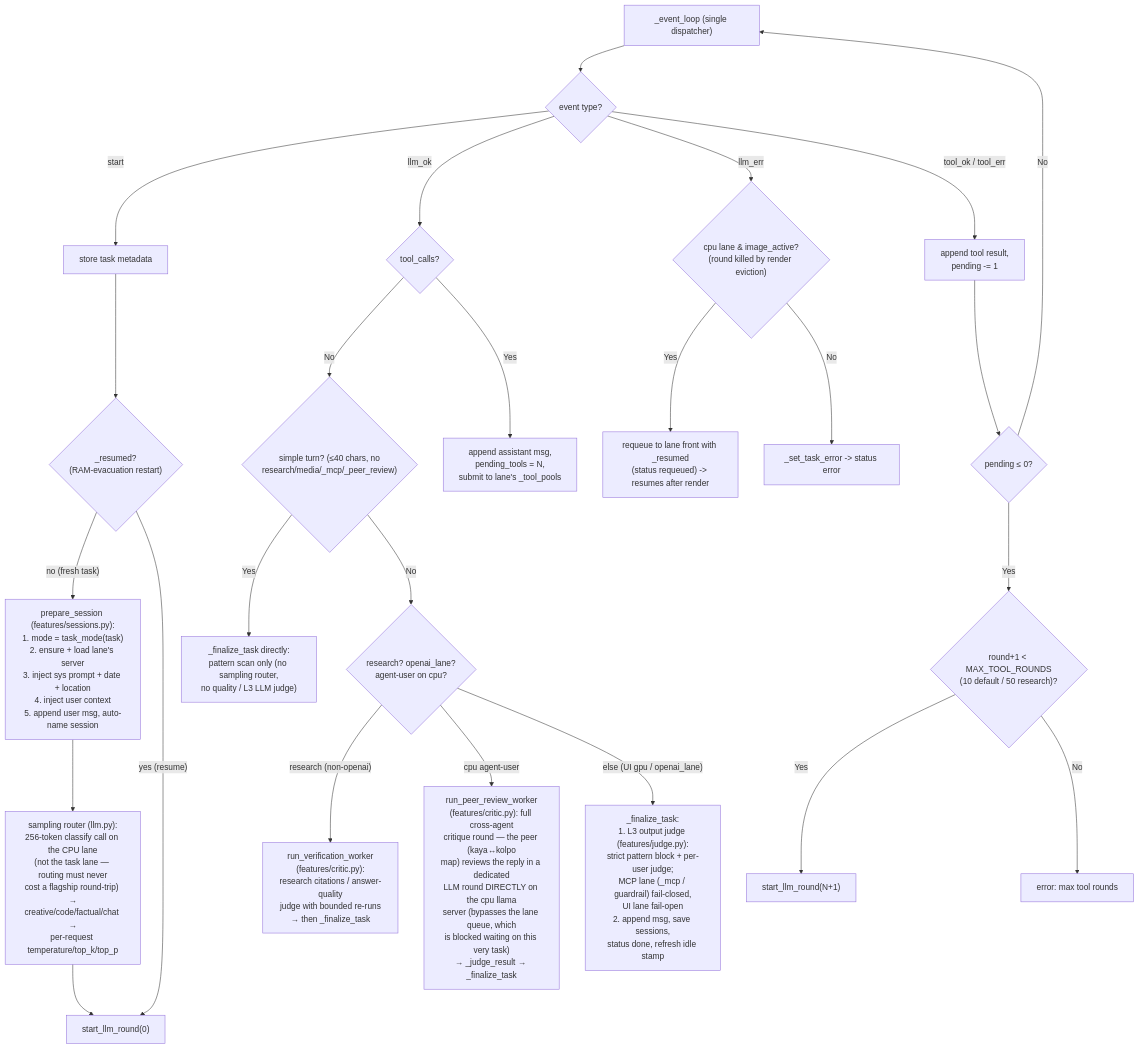
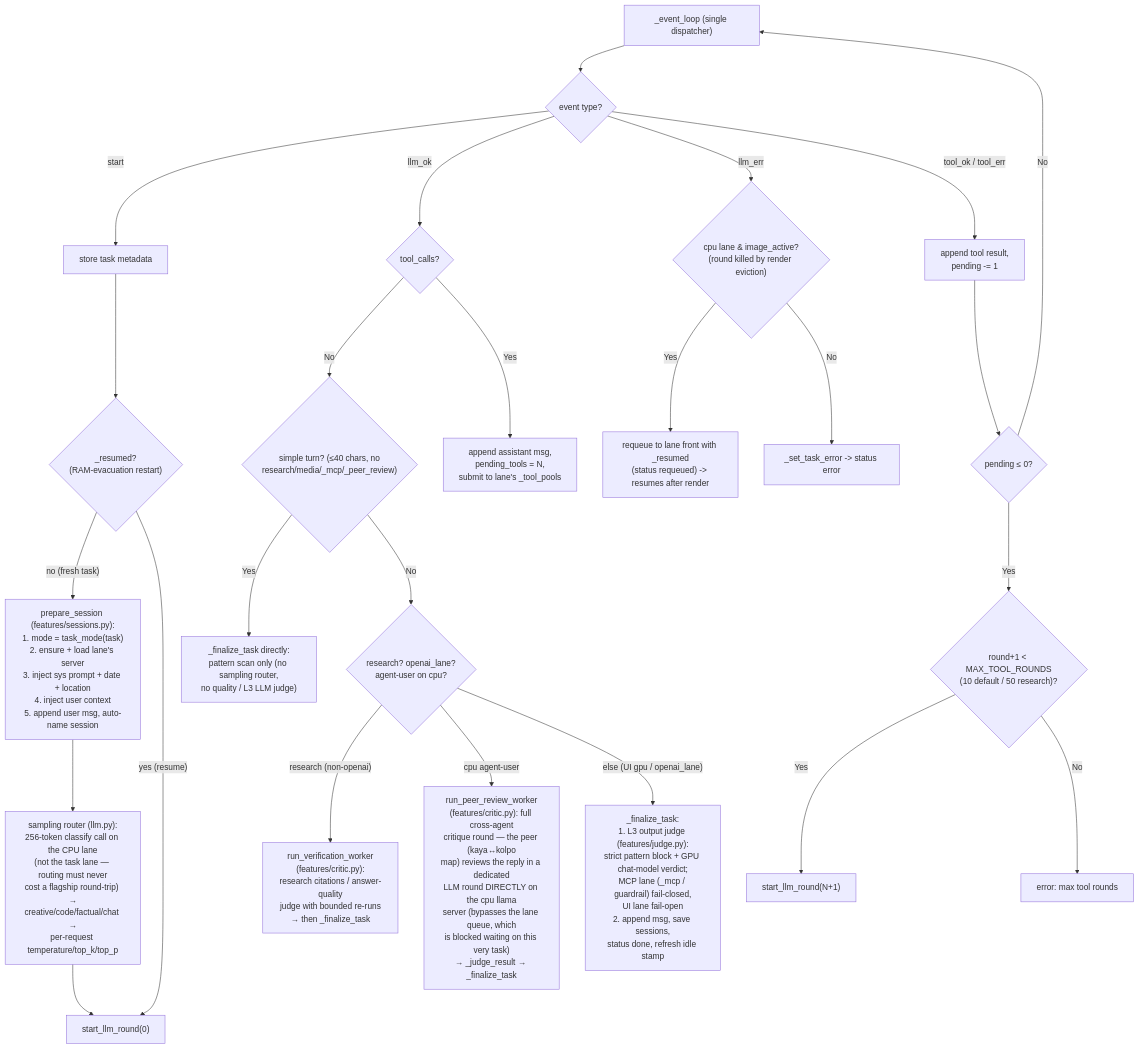
The ninth of 13 diagrams in ARCHITECTURE.md (Palash90/local-ai), drawn with Mermaid before and after one commit. The commit also changed other lines of this file and 10 other files, not shown here.

````diff
--- a/ARCHITECTURE.md
+++ b/ARCHITECTURE.md
@@ -361,27 +370,27 @@
 ```mermaid
 graph TD
     E1["_event_loop (single dispatcher)"] --> EvDispatch{"event type?"}
     EvDispatch -- "start" --> EvStart["store task metadata"] --> Resumed{"_resumed?\n(RAM-evacuation restart)"}
     Resumed -- "no (fresh task)" --> Prep["prepare_session (features/sessions.py):\n1. mode = task_mode(task)\n2. ensure + load lane's server\n3. inject sys prompt + date + location\n4. inject user context\n5. append user msg, auto-name session"] --> Router["sampling router (llm.py):\n256-token classify call on the CPU lane\n(not the task lane — routing must never\ncost a flagship round-trip) →\ncreative/code/factual/chat →\nper-request temperature/top_k/top_p"]
     Router --> Round0["start_llm_round(0)"]
     Resumed -- "yes (resume)" --> Round0
 
     EvDispatch -- "llm_ok" --> LLMOK{"tool_calls?"}
     LLMOK -- No --> Simple{"simple turn? (≤40 chars, no\nresearch/media/_mcp/_peer_review)"}
     Simple -- Yes --> Final2["_finalize_task directly:\npattern scan only (no sampling router,\nno quality / L3 LLM judge)"]
     Simple -- No --> VGate{"research? openai_lane?\nagent-user on cpu?"}
     VGate -- "research (non-openai)" --> Critic2["run_verification_worker\n(features/critic.py):\nresearch citations / answer-quality\njudge with bounded re-runs\n→ then _finalize_task"]
     VGate -- "cpu agent-user" --> Peer["run_peer_review_worker\n(features/critic.py): full cross-agent\ncritique round — the peer (kaya↔kolpo\nmap) reviews the reply in a dedicated\nLLM round DIRECTLY on the cpu llama\nserver (bypasses the lane queue, which\nis blocked waiting on this very task)\n→ _judge_result → _finalize_task"]
-    VGate -- "else (UI gpu / openai_lane)" --> Final["_finalize_task:\n1. L3 output judge (features/judge.py):\nstrict pattern block + per-user judge;\nMCP lane (_mcp / guardrail) fail-closed,\nUI lane fail-open\n2. append msg, save sessions,\nstatus done, refresh idle stamp"]
+     VGate -- "else (UI gpu / openai_lane)" --> Final["_finalize_task:\n1. L3 output judge (features/judge.py):\nstrict pattern block + GPU chat-model verdict;\nMCP lane (_mcp / guardrail) fail-closed,\nUI lane fail-open\n2. append msg, save sessions,\nstatus done, refresh idle stamp"]
     LLMOK -- Yes --> SubmitTools["append assistant msg,\npending_tools = N,\nsubmit to lane's _tool_pools"]
 
     EvDispatch -- "llm_err" --> LLMErr{"cpu lane & image_active?\n(round killed by render eviction)"}
     LLMErr -- Yes --> Requeue["requeue to lane front with _resumed\n(status requeued) -> resumes after render"]
     LLMErr -- No --> SetErr["_set_task_error -> status error"]
     EvDispatch -- "tool_ok / tool_err" --> ToolOK["append tool result,\npending -= 1"]
     ToolOK --> AllDone{"pending ≤ 0?"}
     AllDone -- No --> E1
     AllDone -- Yes --> RoundCap{"round+1 < MAX_TOOL_ROUNDS\n(10 default / 50 research)?"}
     RoundCap -- Yes --> NextRound["start_llm_round(N+1)"]
     RoundCap -- No --> MaxErr["error: max tool rounds"]
 ```
````
